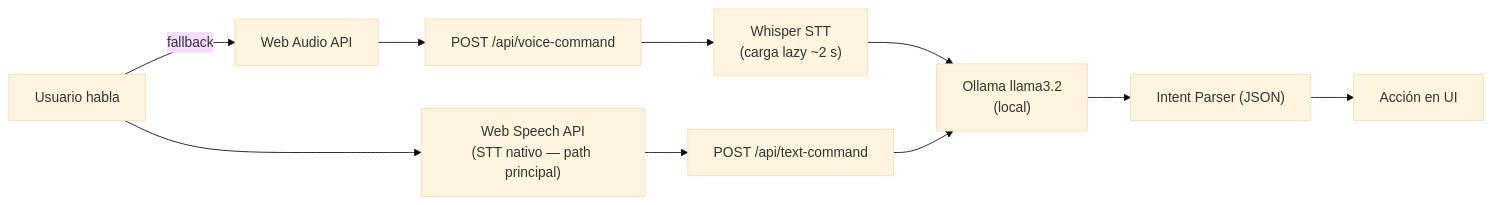
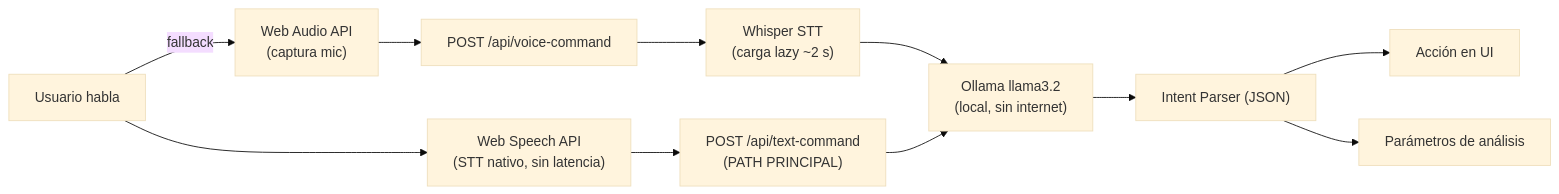
One commit to Zidnz/Milpin-pp26-v.1- changed the third of 3 diagrams in README.md. Above: the diagram before and after it, drawn with Mermaid (base theme). The commit also changed other lines of this file and 298 other files, not shown here.

````diff
--- a/README.md
+++ b/README.md
@@ -699,13 +644,17 @@
 ```mermaid
 flowchart LR
     USER["Usuario habla"]
-    USER --> WSA["Web Speech API\n(STT nativo — path principal)"]
-    WSA --> TEXT_CMD["POST /api/text-command"]
-    USER --> |fallback| AUDIO["Web Audio API"]
+
+    USER --> WSA["Web Speech API\n(STT nativo, sin latencia)"]
+    WSA --> TEXT_CMD["POST /api/text-command\n(PATH PRINCIPAL)"]
+
+    USER --> |"fallback"| AUDIO["Web Audio API\n(captura mic)"]
     AUDIO --> VOICE_CMD["POST /api/voice-command"]
     VOICE_CMD --> WHISPER["Whisper STT\n(carga lazy ~2 s)"]
     WHISPER --> LLM
-    TEXT_CMD --> LLM["Ollama llama3.2\n(local)"]
+
+    TEXT_CMD --> LLM["Ollama llama3.2\n(local, sin internet)"]
     LLM --> PARSER["Intent Parser (JSON)"]
     PARSER --> UI["Acción en UI"]
+    PARSER --> PARAMS["Parámetros de análisis"]
 ```
````
